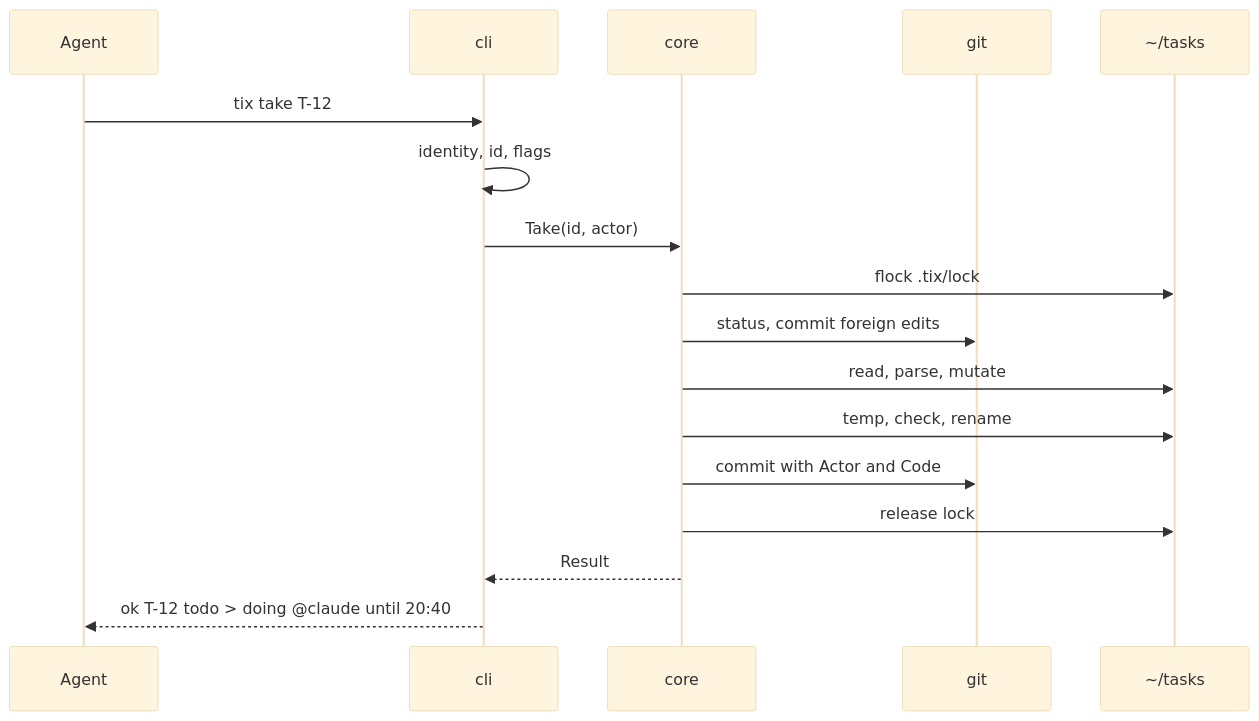
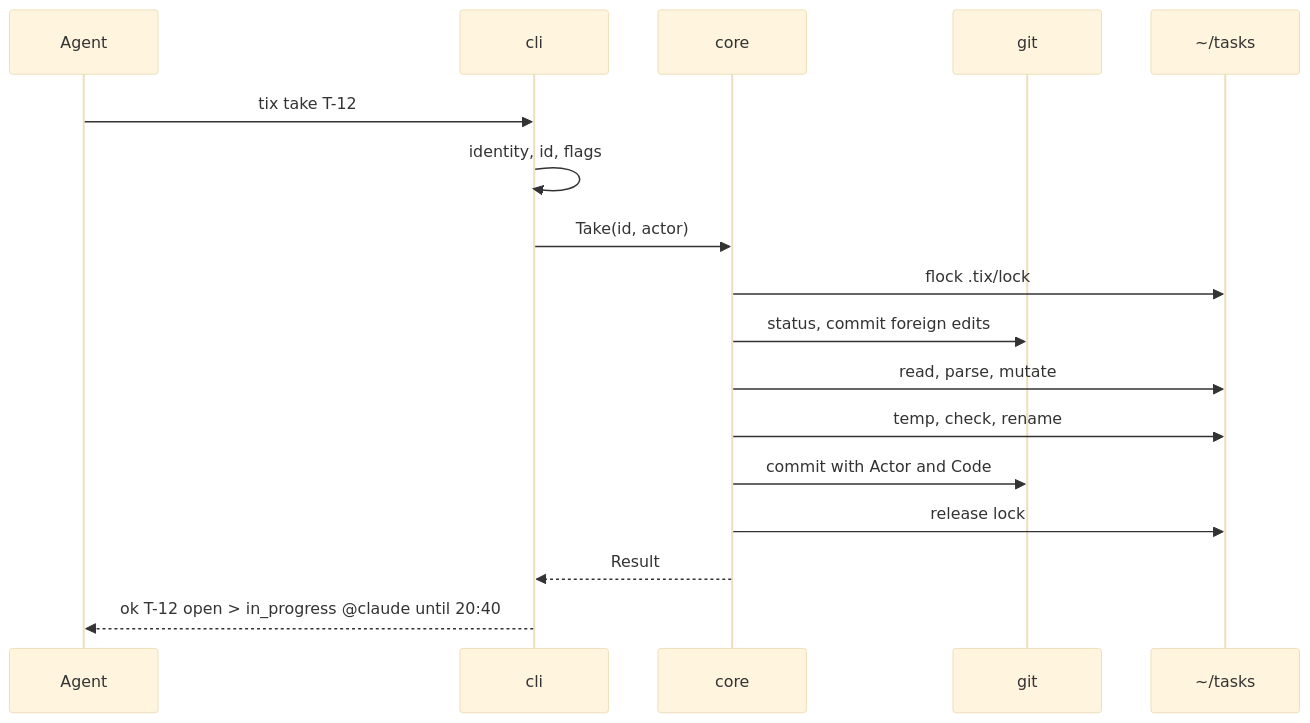
Before and after one commit to daniil4545/tix: the third of 4 diagrams in docs/architecture.md, drawn with Mermaid (base theme). The commit also changed other lines of this file and 12 other files, not shown here.

````diff
--- a/docs/architecture.md
+++ b/docs/architecture.md
@@ -103,19 +103,19 @@
 ```mermaid
 sequenceDiagram
   participant A as Agent
   participant C as cli
   participant K as core
   participant G as git
   participant F as ~/tasks
   A->>C: tix take T-12
   C->>C: identity, id, flags
   C->>K: Take(id, actor)
   K->>F: flock .tix/lock
   K->>G: status, commit foreign edits
   K->>F: read, parse, mutate
   K->>F: temp, check, rename
   K->>G: commit with Actor and Code
   K->>F: release lock
   K-->>C: Result
-  C-->>A: ok T-12 todo > doing @claude until 20:40
+  C-->>A: ok T-12 open > in_progress @claude until 20:40
 ```
````
